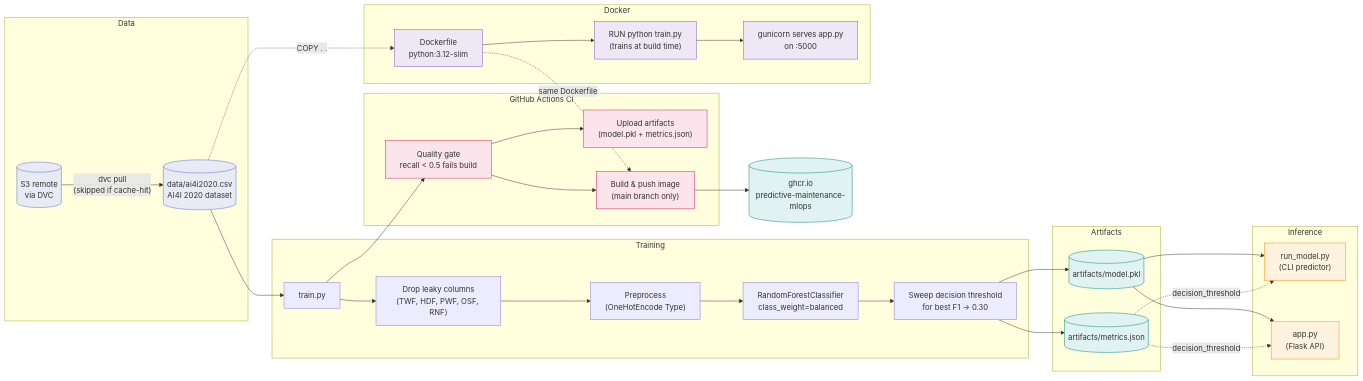
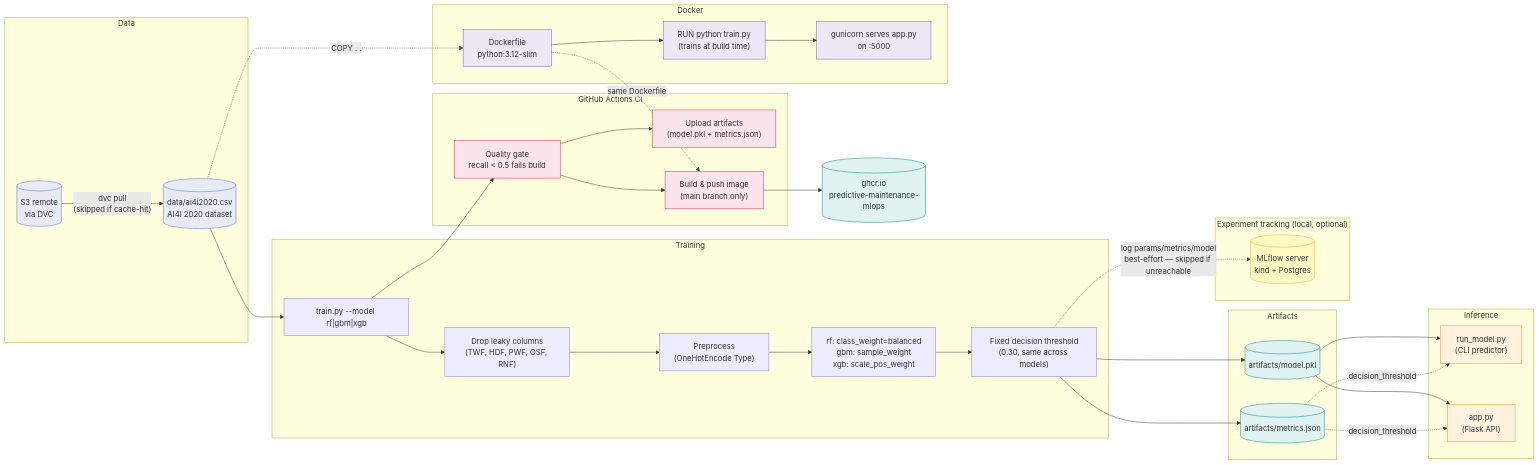
Before and after one commit to im-sathiyan-baskaran/predictive-maintenance-mlops: the diagram in README.md, drawn with Mermaid. The commit also changed other lines of this file and 4 other files, not shown here.

Commit message:
feat: MLflow experiment tracking (rf/gbm/xgb), CI quality gate, docs

````diff
--- a/README.md
+++ b/README.md
@@ -15,67 +15,73 @@
 ```mermaid
 flowchart LR
     subgraph Data
         S3[("S3 remote\nvia DVC")]
         A[("data/ai4i2020.csv\nAI4I 2020 dataset")]
         S3 -- "dvc pull\n(skipped if cache-hit)" --> A
     end
 
     subgraph Training
-        B["train.py"]
+        B["train.py --model rf|gbm|xgb"]
         B1["Drop leaky columns\n(TWF, HDF, PWF, OSF, RNF)"]
         B2["Preprocess\n(OneHotEncode Type)"]
-        B3["RandomForestClassifier\nclass_weight=balanced"]
-        B4["Sweep decision threshold\nfor best F1 → 0.30"]
+        B3["rf: class_weight=balanced\ngbm: sample_weight\nxgb: scale_pos_weight"]
+        B4["Fixed decision threshold\n(0.30, same across models)"]
     end
 
     subgraph Artifacts
         C1[("artifacts/model.pkl")]
         C2[("artifacts/metrics.json")]
+    end
+
+    subgraph Tracking["Experiment tracking (local, optional)"]
+        M[("MLflow server\nkind + Postgres")]
     end
 
     subgraph Inference
         D1["run_model.py\n(CLI predictor)"]
         D2["app.py\n(Flask API)"]
     end
 
     subgraph Container["Docker"]
         E1["Dockerfile\npython:3.12-slim"]
         E2["RUN python train.py\n(trains at build time)"]
         E3["gunicorn serves app.py\non :5000"]
     end
 
     subgraph CI["GitHub Actions CI"]
         F["Quality gate\nrecall < 0.5 fails build"]
         G["Upload artifacts\n(model.pkl + metrics.json)"]
         H["Build & push image\n(main branch only)"]
     end
 
     R[("ghcr.io\npredictive-maintenance-mlops")]
 
     A --> B --> B1 --> B2 --> B3 --> B4
     B4 --> C1
     B4 --> C2
+    B4 -. "log params/metrics/model\nbest-effort — skipped if unreachable" .-> M
     C1 --> D1
     C1 --> D2
     C2 -. "decision_threshold" .-> D1
     C2 -. "decision_threshold" .-> D2
     B --> F --> G
     F --> H
     A -. "COPY . ." .-> E1 --> E2 --> E3
     E1 -. "same Dockerfile" .-> H
     H --> R
 
     style S3 fill:#e8eaf6,stroke:#5c6bc0
     style A fill:#e8eaf6,stroke:#5c6bc0
     style C1 fill:#e0f2f1,stroke:#00897b
     style C2 fill:#e0f2f1,stroke:#00897b
     style D1 fill:#fff3e0,stroke:#fb8c00
     style D2 fill:#fff3e0,stroke:#fb8c00
     style E1 fill:#ede7f6,stroke:#7e57c2
     style E2 fill:#ede7f6,stroke:#7e57c2
     style E3 fill:#ede7f6,stroke:#7e57c2
     style F fill:#fce4ec,stroke:#d81b60
     style G fill:#fce4ec,stroke:#d81b60
     style H fill:#fce4ec,stroke:#d81b60
     style R fill:#e0f2f1,stroke:#00897b
+    style M fill:#fff9c4,stroke:#f9a825
 ```
````
